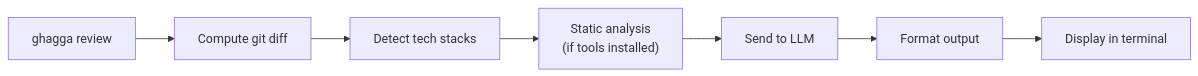
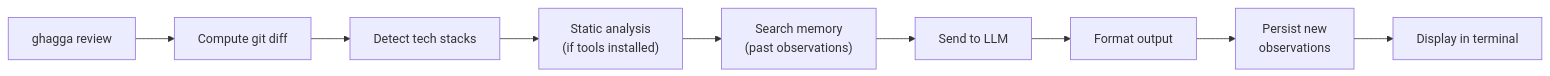
One commit to actions-marketplace-validations/JNZader_ghagga changed the diagram in docs/cli.md. Above: the diagram before and after it, drawn with Mermaid. The commit also changed other lines of this file and 17 other files, not shown here.

````diff
--- a/docs/cli.md
+++ b/docs/cli.md
@@ -119,9 +119,11 @@
 ```mermaid
 flowchart LR
     A["ghagga review"] --> B["Compute git diff"]
     B --> C["Detect tech stacks"]
     C --> D["Static analysis\n(if tools installed)"]
-    D --> E["Send to LLM"]
+    D --> M1["Search memory\n(past observations)"]
+    M1 --> E["Send to LLM"]
     E --> F["Format output"]
-    F --> G["Display in terminal"]
+    F --> M2["Persist new\nobservations"]
+    M2 --> G["Display in terminal"]
 ```
````
